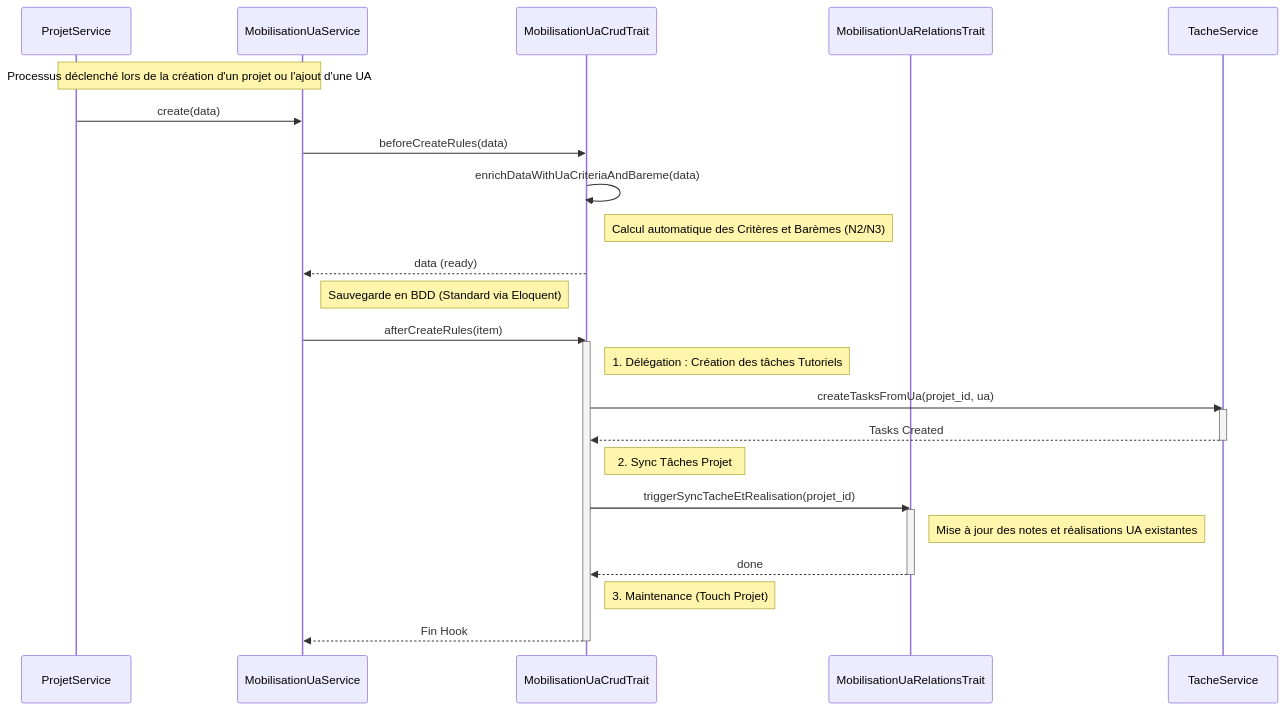
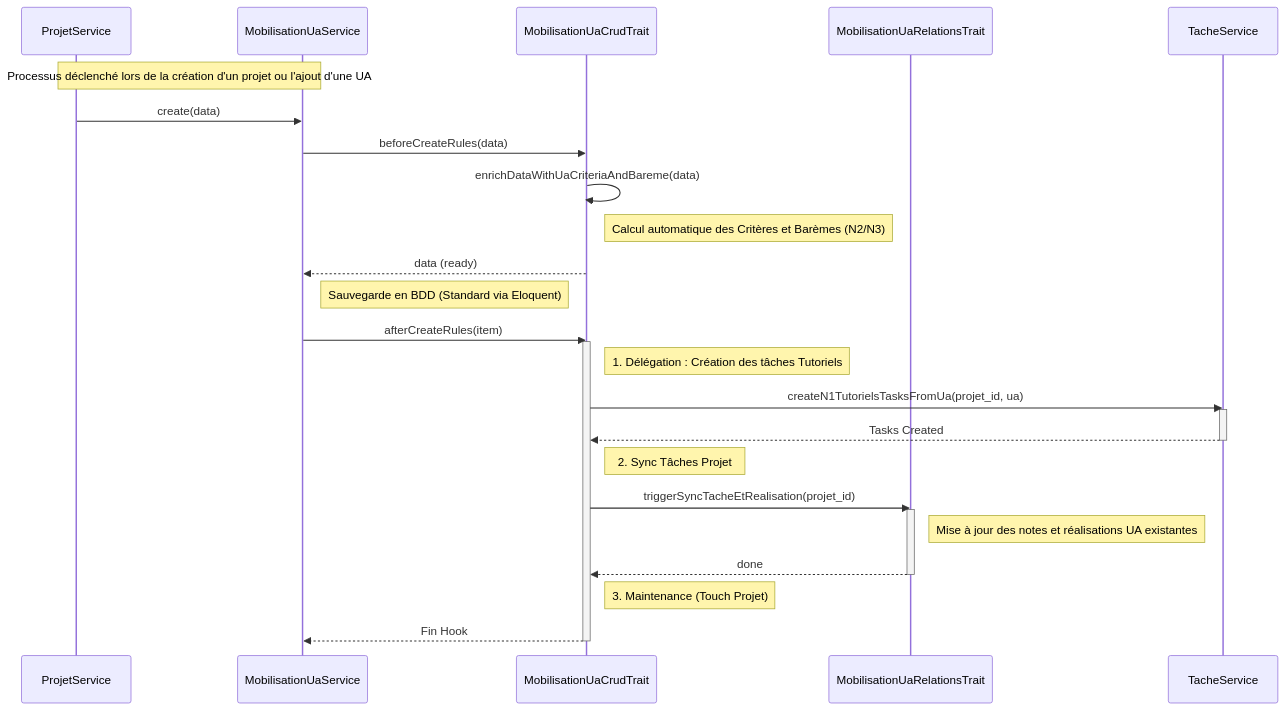
One commit to solicode-lms/app changed the diagram in docs/1.scenarios/PkgCreationProjet/MobilisationUa/mobilisation_ua_creation.scenario.mmd. Above: the diagram before and after it, drawn with Mermaid. The commit also changed 4 other files, not shown here.

```diff
--- a/docs/1.scenarios/PkgCreationProjet/MobilisationUa/mobilisation_ua_creation.scenario.mmd
+++ b/docs/1.scenarios/PkgCreationProjet/MobilisationUa/mobilisation_ua_creation.scenario.mmd
@@ -1,37 +1,37 @@
 sequenceDiagram
     participant PS as ProjetService
     participant MS as MobilisationUaService
     participant MCT as MobilisationUaCrudTrait
     participant MRT as MobilisationUaRelationsTrait
     participant TS as TacheService
 
     Note over PS, MS: Processus déclenché lors de la création d'un projet ou l'ajout d'une UA
 
     PS->>MS: create(data)
     MS->>MCT: beforeCreateRules(data)
     MCT->>MCT: enrichDataWithUaCriteriaAndBareme(data)
     Note right of MCT: Calcul automatique des Critères et Barèmes (N2/N3)
     MCT-->>MS: data (ready)
 
     Note right of MS: Sauvegarde en BDD (Standard via Eloquent)
 
     MS->>MCT: afterCreateRules(item)
     activate MCT
 
     Note right of MCT: 1. Délégation : Création des tâches Tutoriels
-    MCT->>TS: createTasksFromUa(projet_id, ua)
+    MCT->>TS: createN1TutorielsTasksFromUa(projet_id, ua)
     activate TS
     TS-->>MCT: Tasks Created
     deactivate TS
 
     Note right of MCT: 2. Sync Tâches Projet
     MCT->>MRT: triggerSyncTacheEtRealisation(projet_id)
     activate MRT
     Note right of MRT: Mise à jour des notes et réalisations UA existantes
     MRT-->>MCT: done
     deactivate MRT
 
     Note right of MCT: 3. Maintenance (Touch Projet)
 
     MCT-->>MS: Fin Hook
     deactivate MCT
```
